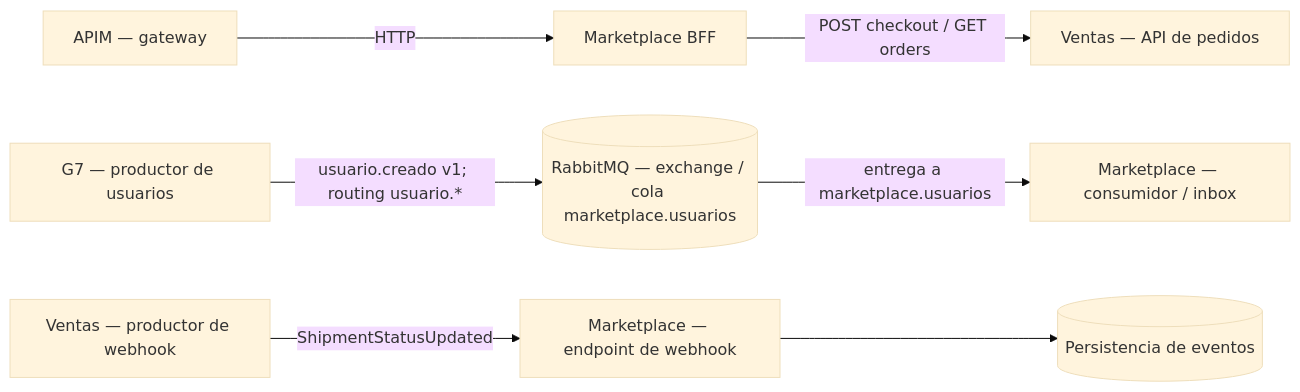
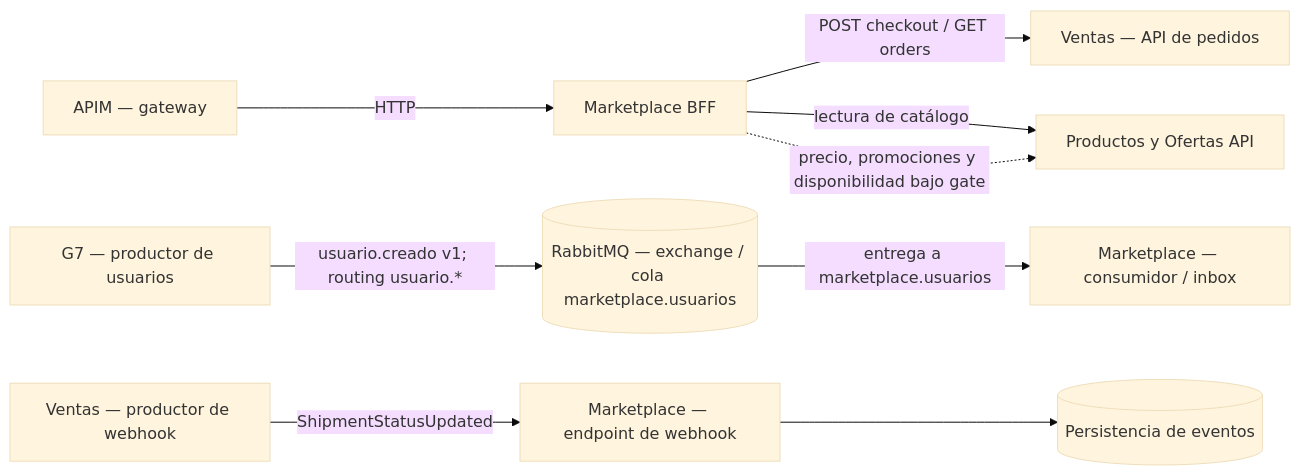
Before and after one commit to Taller-SW-Web/G1-Marketplace-Backend: the second of 4 diagrams in docs/evidencias/H5/325-arquitectura-c4.md, drawn with Mermaid (base theme). The commit also changed other lines of this file and 8 other files, not shown here.

````diff
--- a/docs/evidencias/H5/325-arquitectura-c4.md
+++ b/docs/evidencias/H5/325-arquitectura-c4.md
@@ -26,19 +29,22 @@
 ```mermaid
 flowchart LR
     APIM[APIM — gateway]
     BFF[Marketplace BFF]
+    G6[Productos y Ofertas API]
     G7[G7 — productor de usuarios]
     Rabbit[(RabbitMQ — exchange / cola marketplace.usuarios)]
     Consumer[Marketplace — consumidor / inbox]
     SalesAPI[Ventas — API de pedidos]
     SalesWebhook[Ventas — productor de webhook]
     Webhook[Marketplace — endpoint de webhook]
     Store[(Persistencia de eventos)]
 
     APIM -->|HTTP| BFF
     BFF -->|POST checkout / GET orders| SalesAPI
+    BFF -->|lectura de catálogo| G6
+    BFF -.->|precio, promociones y disponibilidad bajo gate| G6
     G7 -->|usuario.creado v1; routing usuario.*| Rabbit
     Rabbit -->|entrega a marketplace.usuarios| Consumer
     SalesWebhook -->|ShipmentStatusUpdated| Webhook
     Webhook --> Store
 ```
````
